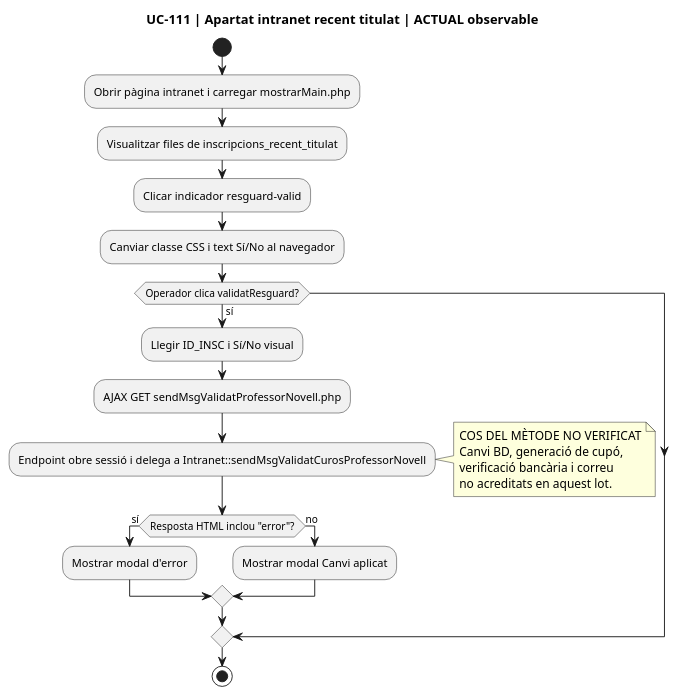
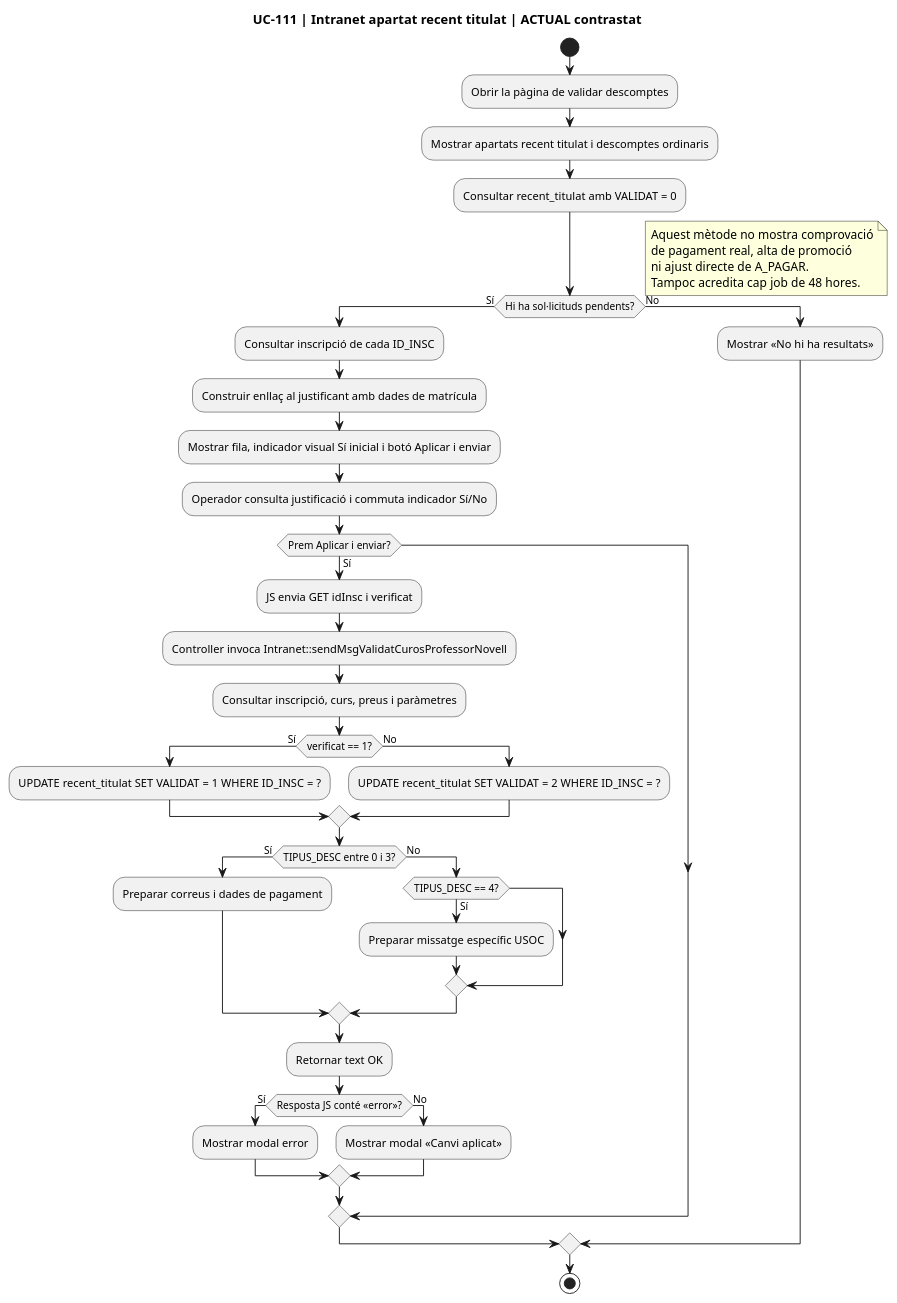
Before and after one commit to orgmeriemprismacat-del/verifactu: the sixth of 7 diagrams in documentacio/07-uml-integrat/uc-111-docent-novell-dret-futur.md, drawn with PlantUML. The commit also changed other lines of this file, not shown here.

Commit message:
docs: align UC-111 UML activity with supplied validation method and approved JASOM rules

````diff
--- a/documentacio/07-uml-integrat/uc-111-docent-novell-dret-futur.md
+++ b/documentacio/07-uml-integrat/uc-111-docent-novell-dret-futur.md
@@ -208,27 +215,47 @@
 ```plantuml
 @startuml
-title UC-111 | Apartat intranet recent titulat | ACTUAL observable
+title UC-111 | Intranet apartat recent titulat | ACTUAL contrastat
 start
-:Obrir pàgina intranet i carregar mostrarMain.php;
-:Visualitzar files de inscripcions_recent_titulat;
-:Clicar indicador resguard-valid;
-:Canviar classe CSS i text Sí/No al navegador;
-if (Operador clica validatResguard?) then (sí)
- :Llegir ID_INSC i Sí/No visual;
- :AJAX GET sendMsgValidatProfessorNovell.php;
- :Endpoint obre sessió i delega a Intranet::sendMsgValidatCurosProfessorNovell;
- note right
-  COS DEL MÈTODE NO VERIFICAT
-  Canvi BD, generació de cupó,
-  verificació bancària i correu
-  no acreditats en aquest lot.
- end note
- if (Resposta HTML inclou "error"?) then (sí)
-  :Mostrar modal d'error;
- else (no)
-  :Mostrar modal Canvi aplicat;
+:Obrir la pàgina de validar descomptes;
+:Mostrar apartats recent titulat i descomptes ordinaris;
+:Consultar recent_titulat amb VALIDAT = 0;
+if (Hi ha sol·licituds pendents?) then (Sí)
+ :Consultar inscripció de cada ID_INSC;
+ :Construir enllaç al justificant amb dades de matrícula;
+ :Mostrar fila, indicador visual Sí inicial i botó Aplicar i enviar;
+ :Operador consulta justificació i commuta indicador Sí/No;
+ if (Prem Aplicar i enviar?) then (Sí)
+  :JS envia GET idInsc i verificat;
+  :Controller invoca Intranet::sendMsgValidatCurosProfessorNovell;
+  :Consultar inscripció, curs, preus i paràmetres;
+  if (verificat == 1?) then (Sí)
+   :UPDATE recent_titulat SET VALIDAT = 1 WHERE ID_INSC = ?;
+  else (No)
+   :UPDATE recent_titulat SET VALIDAT = 2 WHERE ID_INSC = ?;
+  endif
+  if (TIPUS_DESC entre 0 i 3?) then (Sí)
+   :Preparar correus i dades de pagament;
+  else (No)
+   if (TIPUS_DESC == 4?) then (Sí)
+    :Preparar missatge específic USOC;
+   endif
+  endif
+  :Retornar text OK;
+  if (Resposta JS conté «error»?) then (Sí)
+   :Mostrar modal error;
+  else (No)
+   :Mostrar modal «Canvi aplicat»;
+  endif
  endif
+else (No)
+ :Mostrar «No hi ha resultats»;
 endif
+note right
+ Aquest mètode no mostra comprovació
+ de pagament real, alta de promoció
+ ni ajust directe de A_PAGAR.
+ Tampoc acredita cap job de 48 hores.
+end note
 stop
 @enduml
 ```
````
